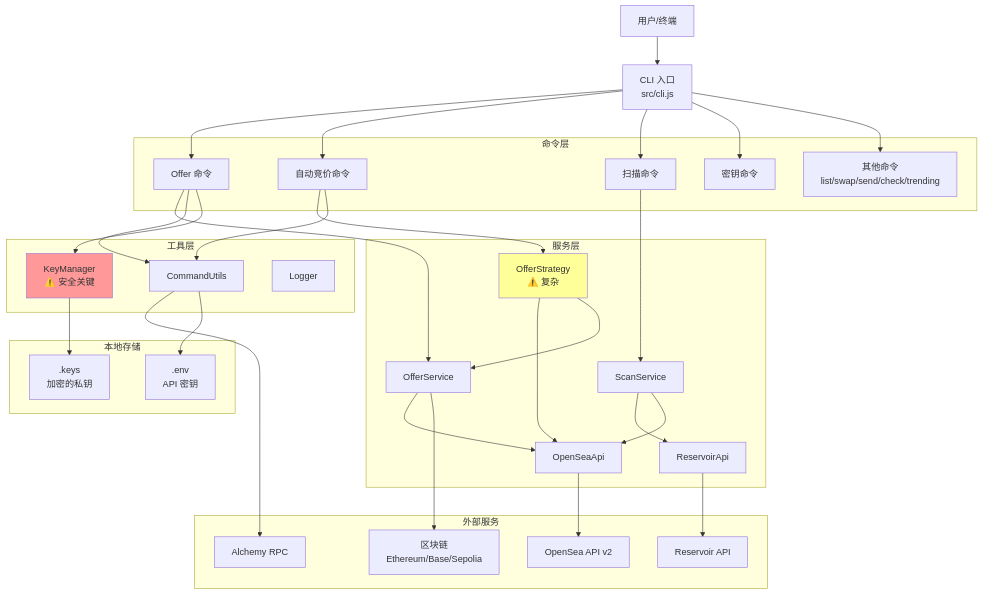
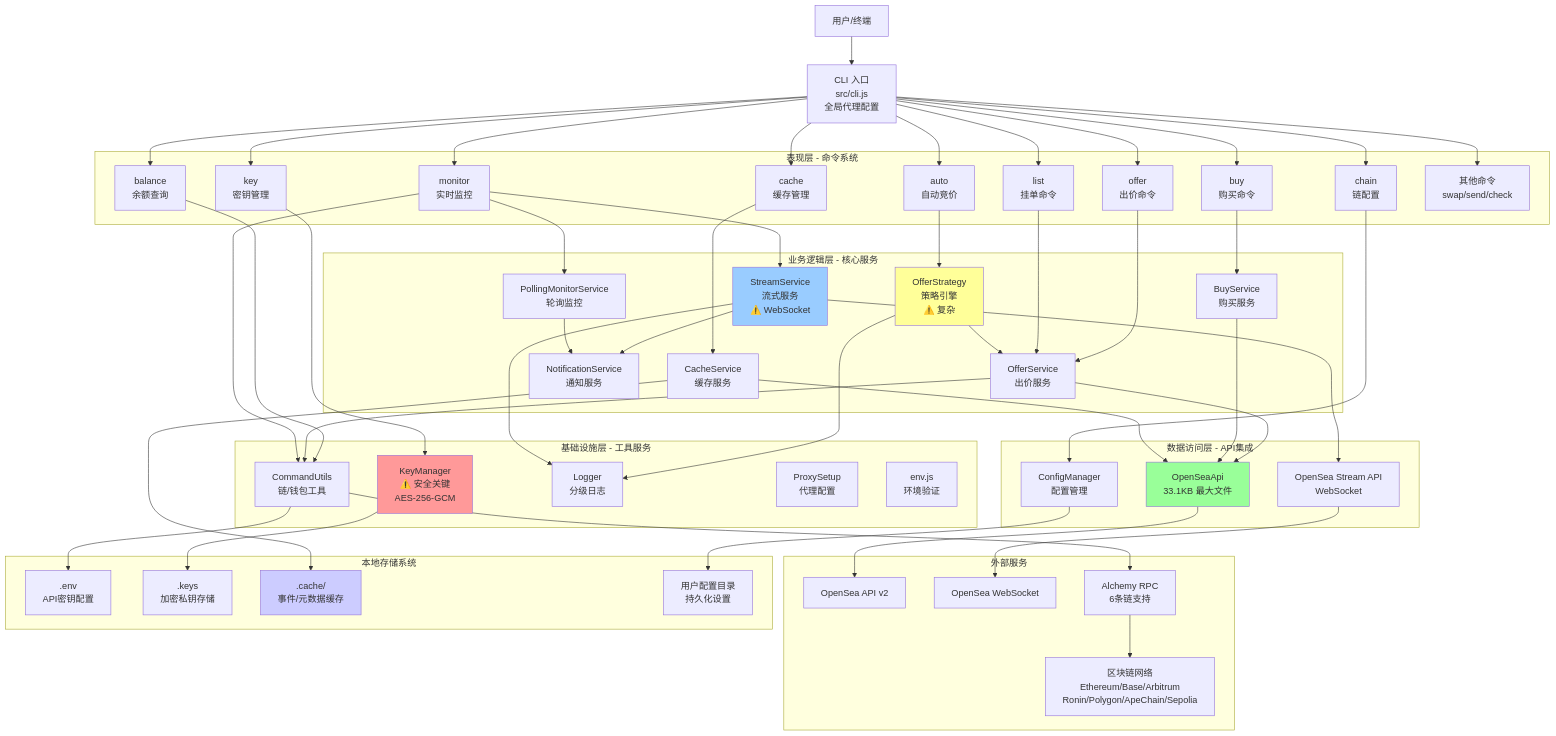
The diagram in docs/architecture/high-level-architecture.md (terryso/opensea-offer-maker), drawn with Mermaid before and after one commit. The commit also changed other lines of this file and 5 other files, not shown here.

````diff
--- a/docs/architecture/high-level-architecture.md
+++ b/docs/architecture/high-level-architecture.md
@@ -41,71 +48,115 @@
 ```mermaid
 graph TB
     User[用户/终端]
-    CLI[CLI 入口<br/>src/cli.js]
+    CLI[CLI 入口<br/>src/cli.js<br/>全局代理配置]
 
-    subgraph "命令层"
-        OfferCmd[Offer 命令]
-        AutoCmd[自动竞价命令]
-        ScanCmd[扫描命令]
-        KeyCmd[密钥命令]
-        OtherCmds[其他命令<br/>list/swap/send/check/trending]
+    subgraph "表现层 - 命令系统"
+        OfferCmd[offer<br/>出价命令]
+        AutoCmd[auto<br/>自动竞价]
+        MonitorCmd[monitor<br/>实时监控]
+        ListCmd[list<br/>挂单命令]
+        BuyCmd[buy<br/>购买命令]
+        KeyCmd[key<br/>密钥管理]
+        BalanceCmd[balance<br/>余额查询]
+        ChainCmd[chain<br/>链配置]
+        CacheCmd[cache<br/>缓存管理]
+        OtherCmds[其他命令<br/>swap/send/check]
     end
 
-    subgraph "服务层"
-        OfferSvc[OfferService]
-        StrategySvc[OfferStrategy<br/>⚠️ 复杂]
-        OpenSeaAPI[OpenSeaApi]
-        ReservoirAPI[ReservoirApi]
-        ScanSvc[ScanService]
+    subgraph "业务逻辑层 - 核心服务"
+        OfferSvc[OfferService<br/>出价服务]
+        StrategySvc[OfferStrategy<br/>策略引擎<br/>⚠️ 复杂]
+        StreamSvc[StreamService<br/>流式服务<br/>⚠️ WebSocket]
+        PollingSvc[PollingMonitorService<br/>轮询监控]
+        BuySvc[BuyService<br/>购买服务]
+        NotifySvc[NotificationService<br/>通知服务]
+        CacheSvc[CacheService<br/>缓存服务]
     end
 
-    subgraph "工具层"
-        KeyMgr[KeyManager<br/>⚠️ 安全关键]
-        CmdUtils[CommandUtils]
-        Logger[Logger]
+    subgraph "数据访问层 - API集成"
+        OpenSeaAPI[OpenSeaApi<br/>33.1KB 最大文件]
+        OpenSeaStream[OpenSea Stream API<br/>WebSocket]
+        ConfigMgr[ConfigManager<br/>配置管理]
+    end
+
+    subgraph "基础设施层 - 工具服务"
+        KeyMgr[KeyManager<br/>⚠️ 安全关键<br/>AES-256-GCM]
+        CmdUtils[CommandUtils<br/>链/钱包工具]
+        Logger[Logger<br/>分级日志]
+        ProxySetup[ProxySetup<br/>代理配置]
+        EnvUtil[env.js<br/>环境验证]
     end
 
     subgraph "外部服务"
         OpenSea[OpenSea API v2]
-        Reservoir[Reservoir API]
-        Alchemy[Alchemy RPC]
-        Blockchain[区块链<br/>Ethereum/Base/Sepolia]
+        OpenSeaWS[OpenSea WebSocket]
+        Alchemy[Alchemy RPC<br/>6条链支持]
+        Blockchains[区块链网络<br/>Ethereum/Base/Arbitrum<br/>Ronin/Polygon/ApeChain/Sepolia]
     end
 
-    subgraph "本地存储"
-        EnvFile[.env<br/>API 密钥]
-        KeysFile[.keys<br/>加密的私钥]
+    subgraph "本地存储系统"
+        EnvFile[.env<br/>API密钥配置]
+        KeysFile[.keys<br/>加密私钥存储]
+        CacheDir[.cache/<br/>事件/元数据缓存]
+        ConfigDir[用户配置目录<br/>持久化设置]
     end
 
+    %% 主要数据流
     User --> CLI
     CLI --> OfferCmd
     CLI --> AutoCmd
-    CLI --> ScanCmd
+    CLI --> MonitorCmd
+    CLI --> ListCmd
+    CLI --> BuyCmd
     CLI --> KeyCmd
+    CLI --> BalanceCmd
+    CLI --> ChainCmd
+    CLI --> CacheCmd
     CLI --> OtherCmds
 
+    %% 命令到服务映射
     OfferCmd --> OfferSvc
     AutoCmd --> StrategySvc
-    ScanCmd --> ScanSvc
+    MonitorCmd --> StreamSvc
+    MonitorCmd --> PollingSvc
+    ListCmd --> OfferSvc
+    BuyCmd --> BuySvc
+    KeyCmd --> KeyMgr
+    BalanceCmd --> CmdUtils
+    ChainCmd --> ConfigMgr
+    CacheCmd --> CacheSvc
 
+    %% 服务间依赖
+    StrategySvc --> OfferSvc
+    StreamSvc --> NotifySvc
+    PollingSvc --> NotifySvc
     OfferSvc --> OpenSeaAPI
-    StrategySvc --> OpenSeaAPI
-    StrategySvc --> OfferSvc
-    ScanSvc --> ReservoirAPI
-    ScanSvc --> OpenSeaAPI
+    BuySvc --> OpenSeaAPI
+    StreamSvc --> OpenSeaStream
+    CacheSvc --> OpenSeaAPI
 
-    OfferCmd --> CmdUtils
-    AutoCmd --> CmdUtils
-    OfferCmd --> KeyMgr
+    %% 服务到工具层
+    OfferSvc --> CmdUtils
+    StrategySvc --> Logger
+    StreamSvc --> Logger
+    MonitorCmd --> CmdUtils
 
+    %% API层到外部服务
     OpenSeaAPI --> OpenSea
-    ReservoirAPI --> Reservoir
+    OpenSeaStream --> OpenSeaWS
     CmdUtils --> Alchemy
-    OfferSvc --> Blockchain
+    Alchemy --> Blockchains
 
+    %% 工具层到本地存储
     KeyMgr --> KeysFile
     CmdUtils --> EnvFile
+    CacheSvc --> CacheDir
+    ConfigMgr --> ConfigDir
 
+    %% 样式标记
     style StrategySvc fill:#ff9
+    style StreamSvc fill:#9cf
     style KeyMgr fill:#f99
+    style OpenSeaAPI fill:#9f9
+    style CacheDir fill:#ccf
 ```
````
